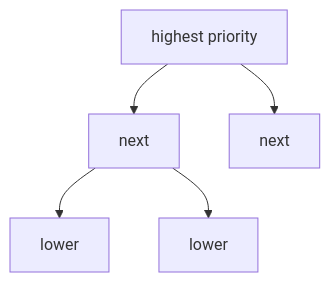
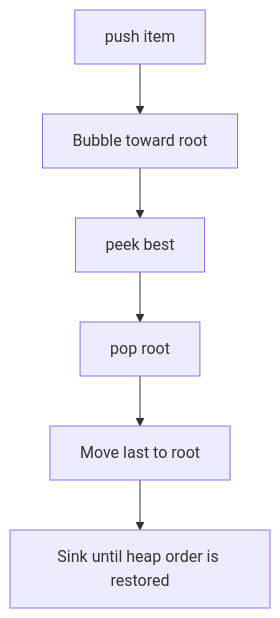
One commit to Icon1cc/Data-Structures-and-Algorithms changed the diagram in heap-priority-queue/README.md. Above: the diagram before and after it, drawn with Mermaid. The commit also changed other lines of this file and 112 other files, not shown here.

````diff
--- a/heap-priority-queue/README.md
+++ b/heap-priority-queue/README.md
@@ -55,7 +63,8 @@
 ```mermaid
-flowchart TB
-    A[highest priority] --> B[next]
-    A --> C[next]
-    B --> D[lower]
-    B --> E[lower]
+flowchart TD
+    A[push item] --> B[Bubble toward root]
+    B --> C[peek best]
+    C --> D[pop root]
+    D --> E[Move last to root]
+    E --> F[Sink until heap order is restored]
 ```
````
